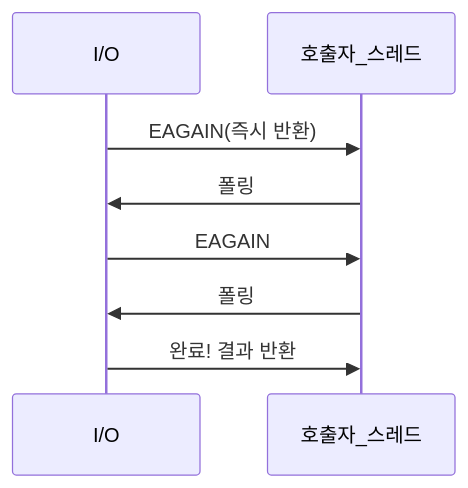
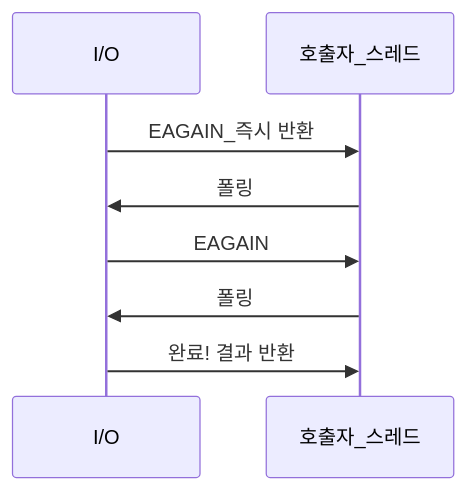
Before and after one commit to yjkim2015/yjkim2015.github.io: the second of 9 diagrams in _posts/server/2026-05-01-sync-async-block-nonblock.md, drawn with Mermaid. The commit also changed other lines of this file and 85 other files, not shown here.

First line of the commit message:
sequenceDiagram 문법 에러 2차 수정 169개 (86파일)

````diff
--- a/_posts/server/2026-05-01-sync-async-block-nonblock.md
+++ b/_posts/server/2026-05-01-sync-async-block-nonblock.md
@@ -90,8 +90,8 @@
 ```mermaid
 sequenceDiagram
-    I/O->>호출자_스레드: EAGAIN(즉시 반환)
+    I/O->>호출자_스레드: EAGAIN_즉시 반환
     호출자_스레드->>I/O: 폴링
     I/O->>호출자_스레드: EAGAIN
     호출자_스레드->>I/O: 폴링
     I/O->>호출자_스레드: 완료! 결과 반환
 ```
````
